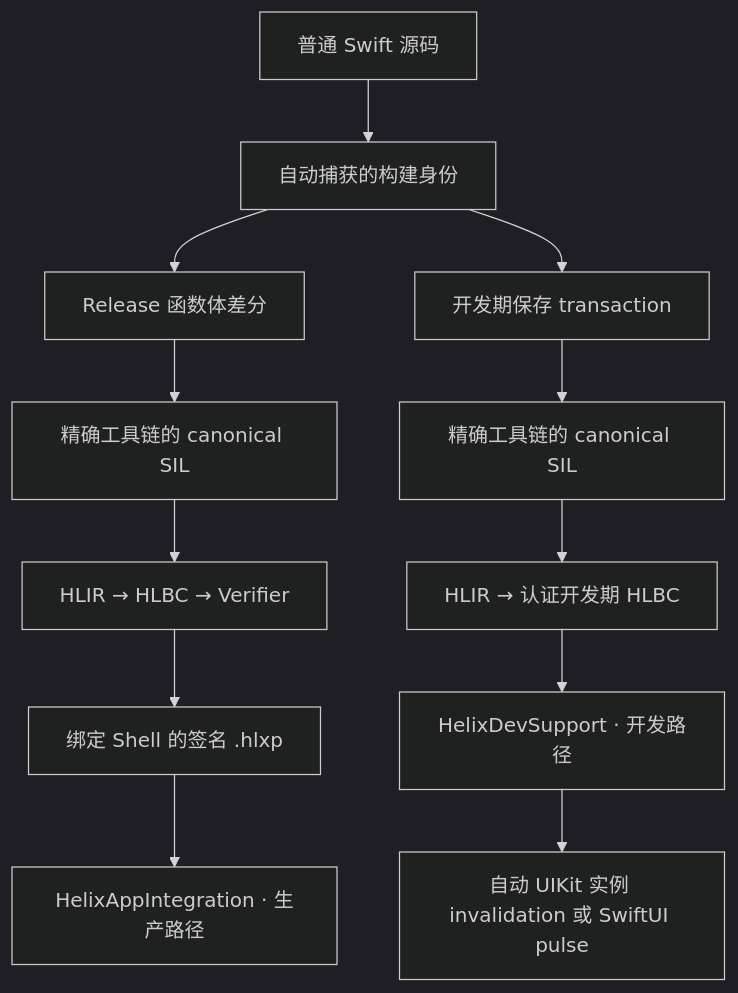
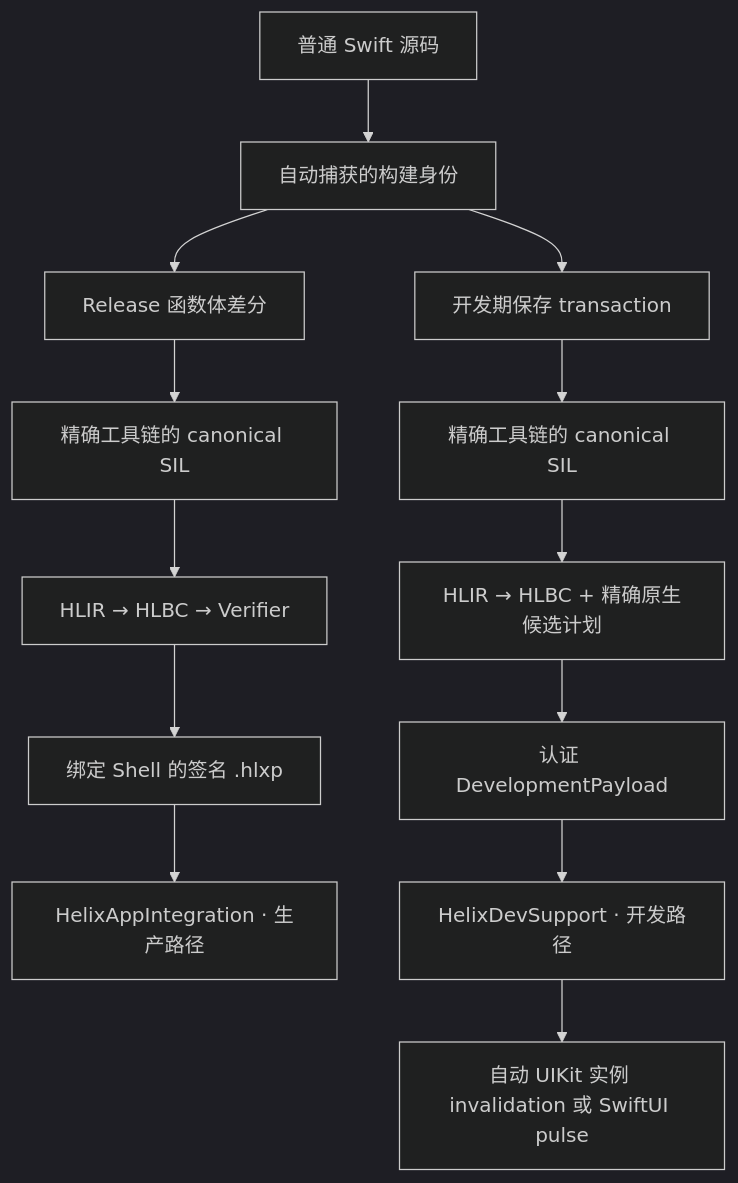
One commit to TangentW/Helix changed the diagram in Docs/Architecture.zh-CN.md. Above: the diagram before and after it, drawn with Mermaid (dark theme). The commit also changed other lines of this file and 91 other files, not shown here.

````diff
--- a/Docs/Architecture.zh-CN.md
+++ b/Docs/Architecture.zh-CN.md
@@ -20,16 +20,17 @@
 ```mermaid
 flowchart TB
     S["普通 Swift 源码"] --> I["自动捕获的构建身份"]
     I --> R["Release 函数体差分"]
     I --> D["开发期保存 transaction"]
 
     R --> SIL1["精确工具链的 canonical SIL"]
     SIL1 --> HLBC["HLIR → HLBC → Verifier"]
     HLBC --> PKG["绑定 Shell 的签名 .hlxp"]
     PKG --> PR["HelixAppIntegration · 生产路径"]
 
     D --> DSIL["精确工具链的 canonical SIL"]
-    DSIL --> DHLBC["HLIR → 认证开发期 HLBC"]
-    DHLBC --> DR["HelixDevSupport · 开发路径"]
+    DSIL --> DHLBC["HLIR → HLBC + 精确原生候选计划"]
+    DHLBC --> DP["认证 DevelopmentPayload"]
+    DP --> DR["HelixDevSupport · 开发路径"]
     DR --> UI["自动 UIKit 实例 invalidation 或 SwiftUI pulse"]
 ```
````
